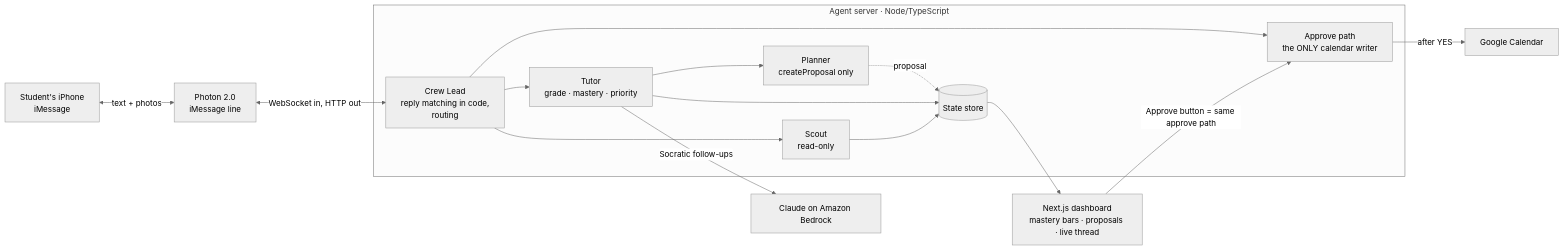
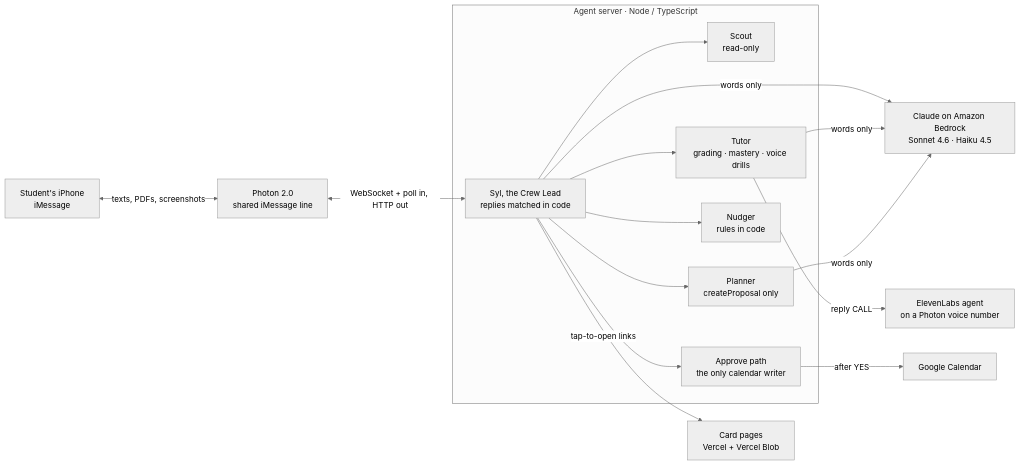
Before and after one commit to zhoulinhua0-star/hackprinceton-2026: the diagram in README.md, drawn with Mermaid (neutral theme). The commit also changed other lines of this file and 16 other files, not shown here.

````diff
--- a/README.md
+++ b/README.md
@@ -19,20 +70,18 @@
 ```mermaid
 flowchart LR
-  S[Student's iPhone<br/>iMessage] <-->|text + photos| P[Photon 2.0<br/>iMessage line]
-  P <-->|WebSocket in, HTTP out| CL
+  S["Student's iPhone<br/>iMessage"] <-->|"texts, PDFs, screenshots"| P["Photon 2.0<br/>shared iMessage line"]
+  P <-->|"WebSocket + poll in, HTTP out"| CL
 
-  subgraph Agent[Agent server · Node/TypeScript]
-    CL[Crew Lead<br/>reply matching in code,<br/>routing] --> SC[Scout<br/>read-only]
-    CL --> TU[Tutor<br/>grade · mastery · priority]
-    TU --> PL[Planner<br/>createProposal only]
-    CL --> AP[Approve path<br/>the ONLY calendar writer]
-    PL -.proposal.-> ST[(State store)]
-    TU --> ST
-    SC --> ST
+  subgraph Agent["Agent server · Node / TypeScript"]
+    CL["Syl, the Crew Lead<br/>replies matched in code"] --> SC["Scout<br/>read-only"]
+    CL --> TU["Tutor<br/>grading · mastery · voice drills"]
+    CL --> PL["Planner<br/>createProposal only"]
+    CL --> NU["Nudger<br/>rules in code"]
+    CL --> AP["Approve path<br/>the only calendar writer"]
   end
 
-  TU -->|Socratic follow-ups| BR[Claude on Amazon Bedrock]
-  AP -->|after YES| GC[Google Calendar]
-  ST --> DB[Next.js dashboard<br/>mastery bars · proposals · live thread]
-  DB -->|Approve button = same approve path| AP
+  CL & TU & PL -->|"words only"| BR["Claude on Amazon Bedrock<br/>Sonnet 4.6 · Haiku 4.5"]
+  TU -->|"reply CALL"| EL["ElevenLabs agent<br/>on a Photon voice number"]
+  AP -->|"after YES"| GC["Google Calendar"]
+  CL -->|"tap-to-open links"| VC["Card pages<br/>Vercel + Vercel Blob"]
 ```
````
